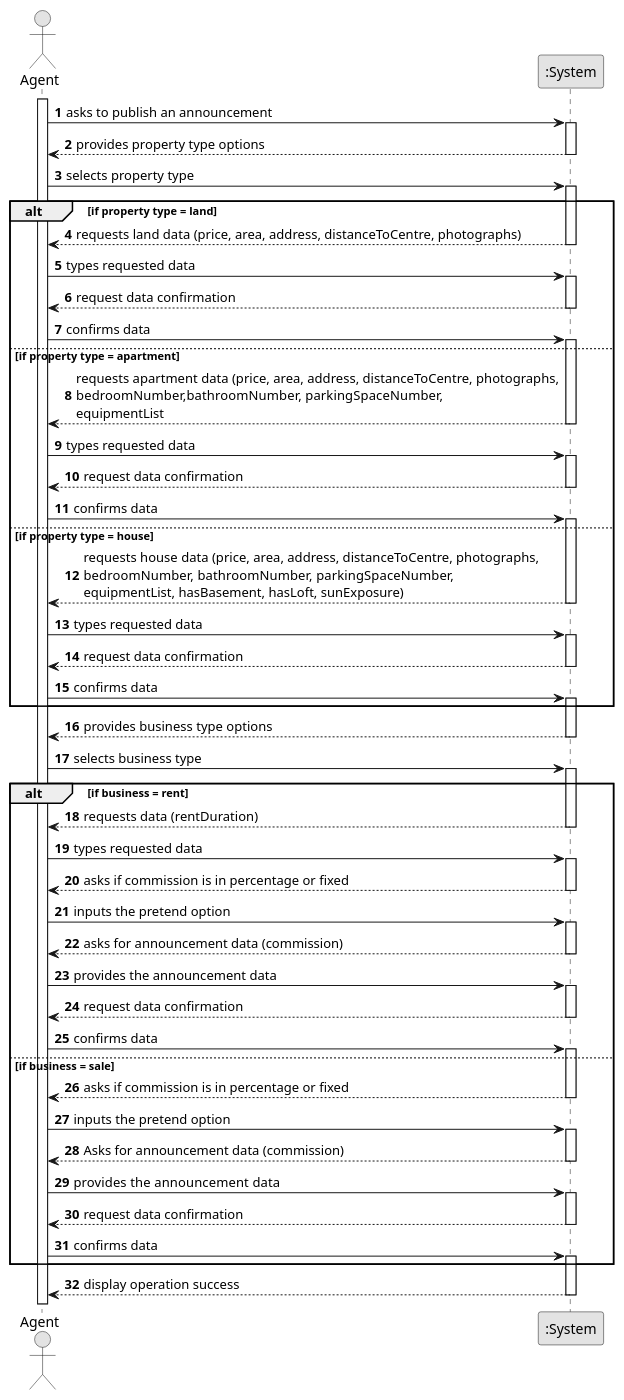
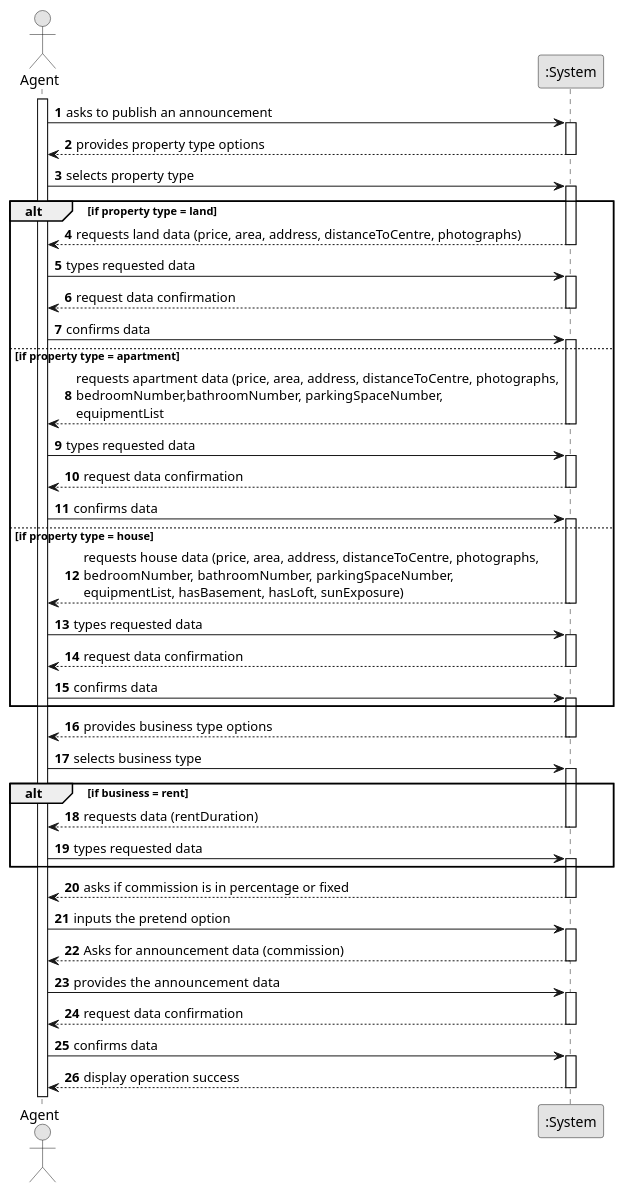
One commit to Shushizinho/RealEstateUSASystem changed the diagram in docs/sprintD/us002/01.requirements-engineering/puml/us002-system-sequence-diagram.puml. Above: the diagram before and after it, drawn with PlantUML. The commit also changed 28 other files, not shown here.

Commit message:
update US2 UI, Controller and SD (As an agent, I can publish any sale announcement on the system, for example received through a phone call.)

```diff
--- a/docs/sprintD/us002/01.requirements-engineering/puml/us002-system-sequence-diagram.puml
+++ b/docs/sprintD/us002/01.requirements-engineering/puml/us002-system-sequence-diagram.puml
@@ -1,157 +1,124 @@
 @startuml
 skinparam monochrome true
 skinparam packageStyle rectangle
 skinparam shadowing false
 
 
 
 
 autonumber
 
 actor "Agent" as Agent
 participant ":System" as System
 
 activate Agent
 
      Agent -> System : asks to publish an announcement
     activate System
 
 
     System --> Agent: provides property type options
     deactivate System
 
      Agent -> System: selects property type
      activate System
 
 
  alt if property type = land
     System --> Agent : requests land data (price, area, address, distanceToCentre, photographs)
      deactivate System
     Agent -> System : types requested data
     activate System
 
    System --> Agent: request data confirmation
    deactivate System
 
    Agent -> System: confirms data
    activate System
 
 
  else if property type = apartment
     System --> Agent : requests apartment data (price, area, address, distanceToCentre, photographs,\nbedroomNumber,bathroomNumber, parkingSpaceNumber,\nequipmentList
      deactivate System
     Agent -> System : types requested data
     activate System
 
     System --> Agent: request data confirmation
        deactivate System
 
        Agent -> System: confirms data
        activate System
 
 
 
 
   else if property type = house
         System --> Agent : requests house data (price, area, address, distanceToCentre, photographs,\nbedroomNumber, bathroomNumber, parkingSpaceNumber,\nequipmentList, hasBasement, hasLoft, sunExposure)
          deactivate System
         Agent -> System : types requested data
         activate System
 
         System --> Agent: request data confirmation
            deactivate System
 
            Agent -> System: confirms data
            activate System
 
 
 
         end
 
 
 
   System --> Agent : provides business type options
           deactivate System
 
     Agent -> System: selects business type
     activate System
 
 
 
 
 
 
 
   alt if business = rent
      System --> Agent : requests data (rentDuration)
       deactivate System
      Agent -> System : types requested data
      activate System
 
-        System --> Agent: asks if commission is in percentage or fixed
-                  deactivate System
-
-            Agent -> System: inputs the pretend option
-            activate System
-
-
-          System --> Agent : asks for announcement data (commission)
-          deactivate System
-
-          Agent -> System : provides the announcement data
-          activate System
-
-
-            System --> Agent: request data confirmation
-                     deactivate System
-
-            Agent -> System: confirms data
-            activate System
-
-
-
-   else if business = sale
+     end alt
 
       System --> Agent: asks if commission is in percentage or fixed
                      deactivate System
 
                Agent -> System: inputs the pretend option
                activate System
 
 
 
        System --> Agent : Asks for announcement data (commission)
        deactivate System
 
        Agent -> System : provides the  announcement data
        activate System
 
          System --> Agent: request data confirmation
                   deactivate System
 
                   Agent -> System: confirms data
                   activate System
 
 
-
-
-
-     end
-
-
-
-
-
-
-
        System --> Agent : display operation success
          deactivate System
 
 
 
 
 
 
 
 
 @enduml
```
